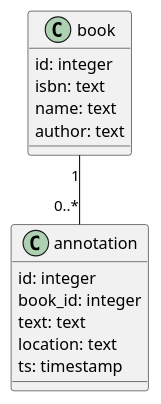
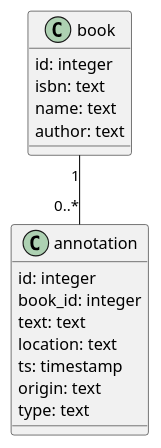
The diagram in docs/domain.puml (milanaleksic/tt-extractor-kindle), drawn with PlantUML before and after one commit. The commit also changed 4 other files, not shown here.

```diff
--- a/docs/domain.puml
+++ b/docs/domain.puml
@@ -1,16 +1,18 @@
 @startuml
 class book {
 {field} id: integer
 {field} isbn: text
 {field} name: text
 {field} author: text
 }
 class annotation {
 {field} id: integer
 {field} book_id: integer
 {field} text: text
 {field} location: text
 {field} ts: timestamp
+{field} origin: text
+{field} type: text
 }
 book "1" -- "0..*" annotation
 @enduml
```
